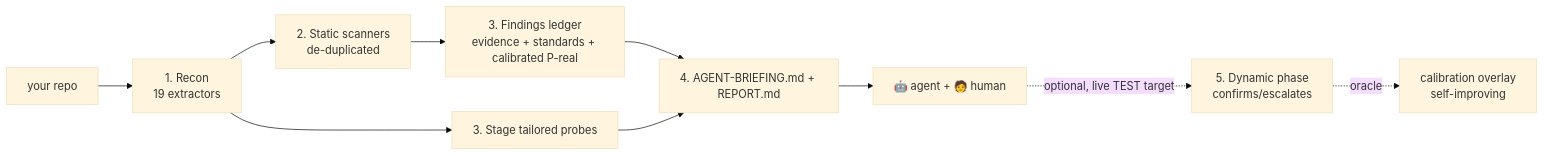
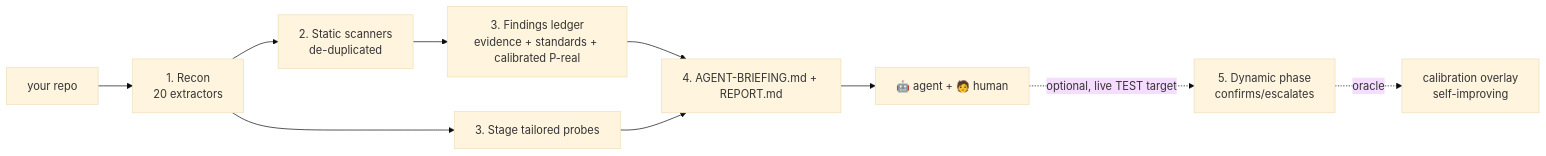
One commit to raccioly/websec-validator changed the diagram in docs-canonical/ARCHITECTURE.md. Above: the diagram before and after it, drawn with Mermaid (base theme). The commit also changed other lines of this file and 25 other files, not shown here.

````diff
--- a/docs-canonical/ARCHITECTURE.md
+++ b/docs-canonical/ARCHITECTURE.md
@@ -131,12 +131,12 @@
 ```mermaid
 graph LR
-    R[your repo] --> A[1. Recon<br/>19 extractors]
+    R[your repo] --> A[1. Recon<br/>20 extractors]
     A --> B[2. Static scanners<br/>de-duplicated]
     B --> C[3. Findings ledger<br/>evidence + standards + calibrated P-real]
     A --> D[3. Stage tailored probes]
     C --> E[4. AGENT-BRIEFING.md + REPORT.md]
     D --> E
     E --> F[🤖 agent + 🧑 human]
     F -. optional, live TEST target .-> G[5. Dynamic phase<br/>confirms/escalates] 
     G -. oracle .-> H[calibration overlay<br/>self-improving]
 ```
````
